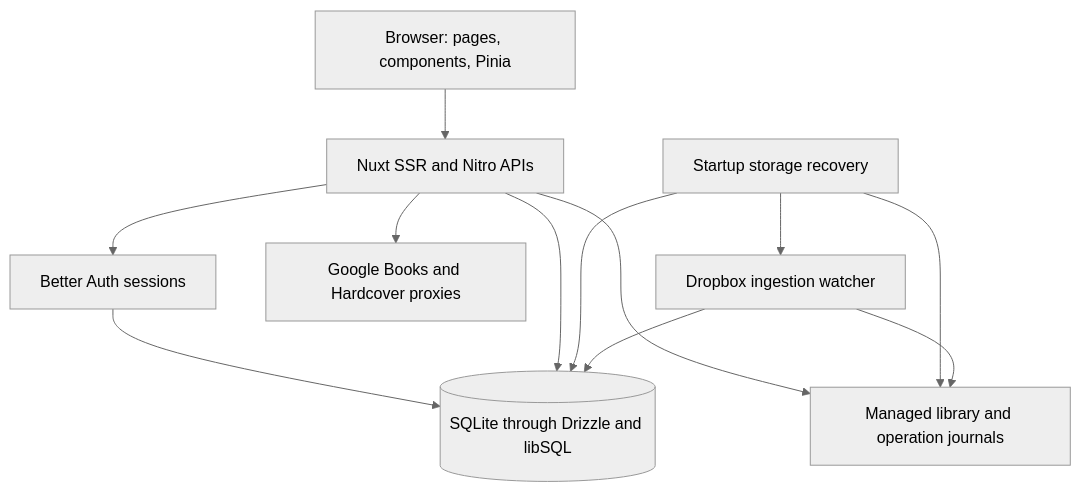
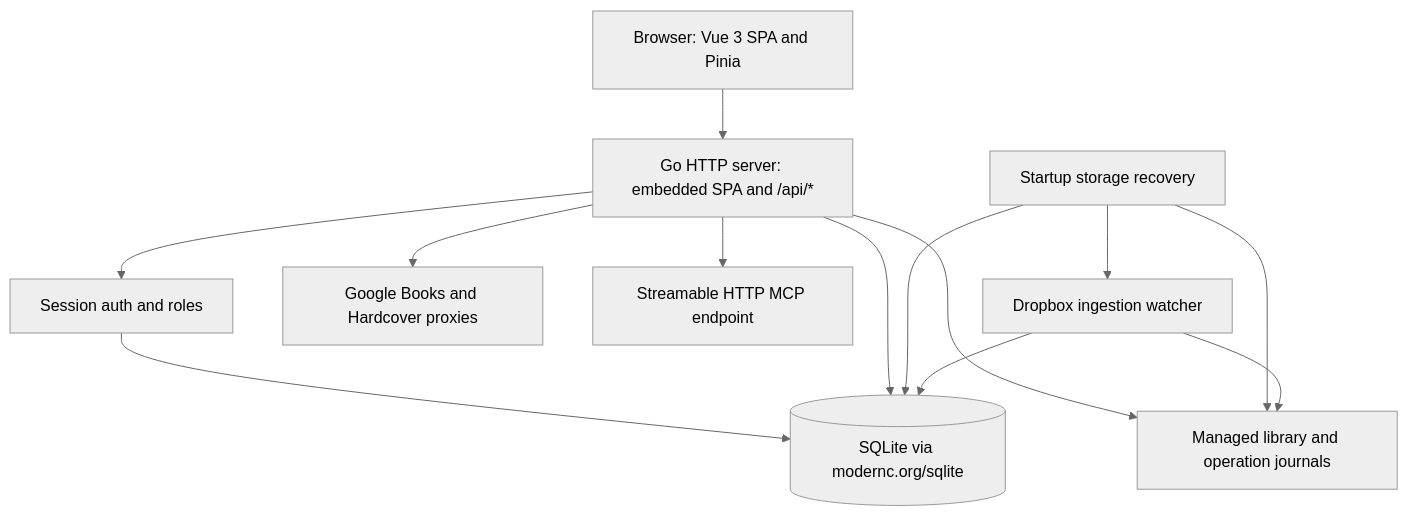
Before and after one commit to lancewilhelm/delb: the diagram in docs/developing/architecture.md, drawn with Mermaid (neutral theme). The commit also changed other lines of this file and 23 other files, not shown here.

````diff
--- a/docs/developing/architecture.md
+++ b/docs/developing/architecture.md
@@ -7,14 +5,15 @@
 ```mermaid
 flowchart TD
-    Browser[Browser: pages, components, Pinia] --> Nuxt[Nuxt SSR and Nitro APIs]
-    Nuxt --> Auth[Better Auth sessions]
-    Auth --> DB[(SQLite through Drizzle and libSQL)]
-    Nuxt --> DB
-    Nuxt --> Storage[Managed library and operation journals]
-    Nuxt --> Providers[Google Books and Hardcover proxies]
+    Browser[Browser: Vue 3 SPA and Pinia] --> Server[Go HTTP server: embedded SPA and /api/*]
+    Server --> Auth[Session auth and roles]
+    Auth --> DB[(SQLite via modernc.org/sqlite)]
+    Server --> DB
+    Server --> Storage[Managed library and operation journals]
+    Server --> Providers[Google Books and Hardcover proxies]
+    Server --> MCP[Streamable HTTP MCP endpoint]
     Recovery[Startup storage recovery] --> Storage
     Recovery --> DB
     Recovery --> Watcher[Dropbox ingestion watcher]
     Watcher --> DB
     Watcher --> Storage
 ```
````
